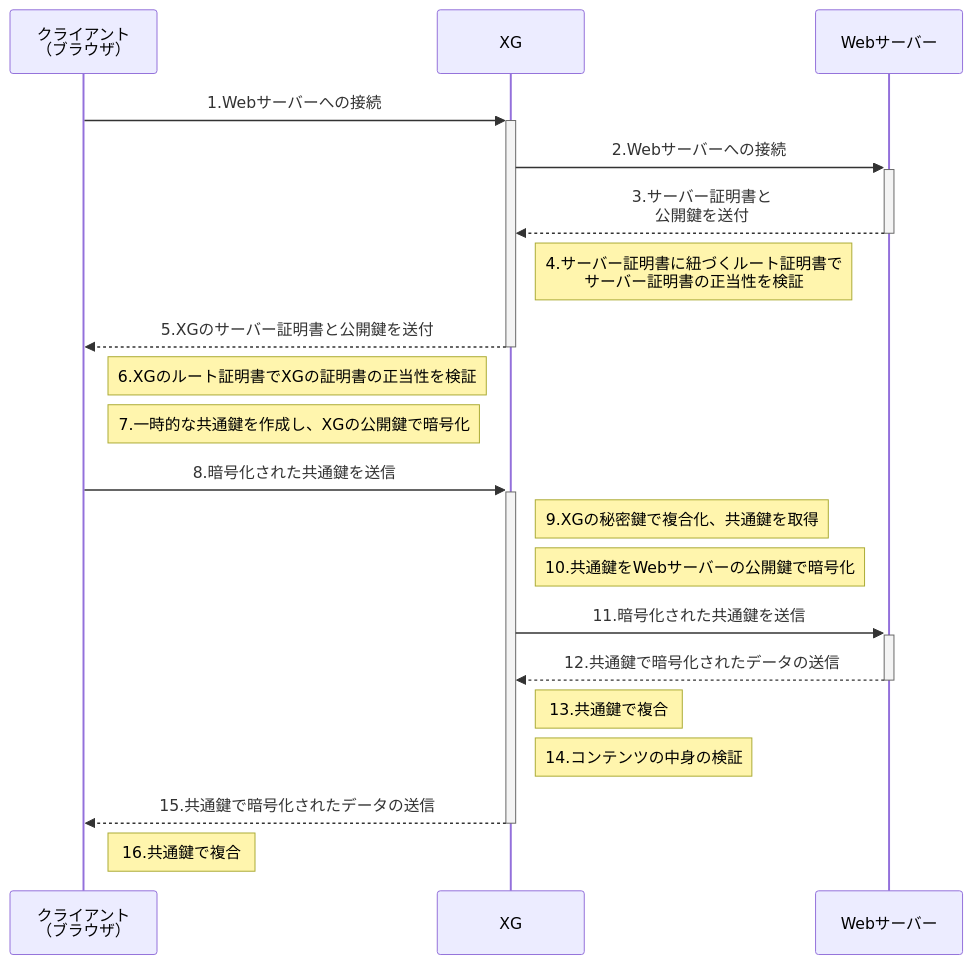
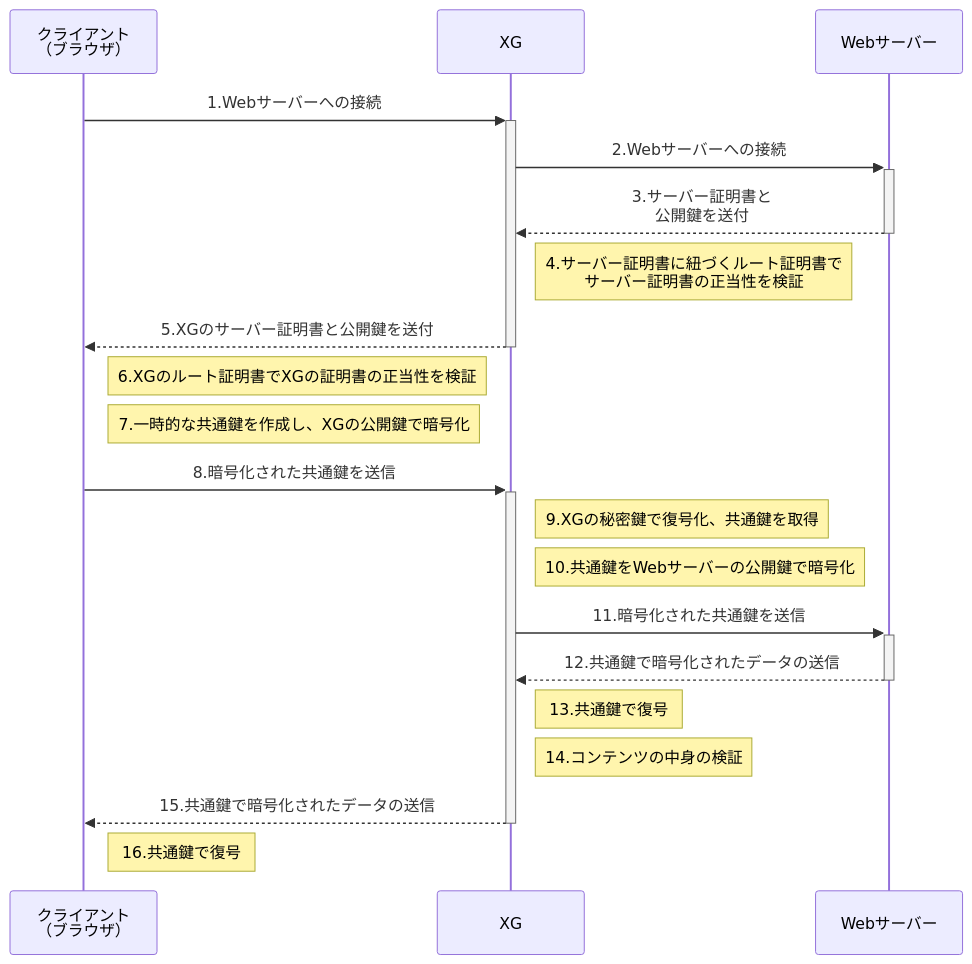
One commit to yoshi0808/new-technology changed the diagram in source/_posts/ssl-inspection.md. Above: the diagram before and after it, drawn with Mermaid. The commit also changed other lines of this file and 7 other files, not shown here.

```diff
--- a/source/_posts/ssl-inspection.md
+++ b/source/_posts/ssl-inspection.md
@@ -31,24 +31,24 @@
 {% mermaid sequenceDiagram %}
 
       participant cl as クライアント<br>（ブラウザ）
       participant xg as XG
       participant sv as Webサーバー
 
       cl ->>+ xg : 1.Webサーバーへの接続
       xg ->>+ sv : 2.Webサーバーへの接続
       sv -->>- xg : 3.サーバー証明書と<br>公開鍵を送付
       Note right of xg: 4.サーバー証明書に紐づくルート証明書で<br>サーバー証明書の正当性を検証
       xg -->>- cl : 5.XGのサーバー証明書と公開鍵を送付
       Note right of cl: 6.XGのルート証明書でXGの証明書の正当性を検証
       Note right of cl: 7.一時的な共通鍵を作成し、XGの公開鍵で暗号化
       cl ->>+ xg : 8.暗号化された共通鍵を送信
-      Note right of xg: 9.XGの秘密鍵で複合化、共通鍵を取得
+      Note right of xg: 9.XGの秘密鍵で復号化、共通鍵を取得
       Note right of xg : 10.共通鍵をWebサーバーの公開鍵で暗号化
       xg ->>+ sv : 11.暗号化された共通鍵を送信
       sv -->>- xg : 12.共通鍵で暗号化されたデータの送信
-      Note right of xg: 13.共通鍵で複合
+      Note right of xg: 13.共通鍵で復号
       Note right of xg: 14.コンテンツの中身の検証
       xg -->>- cl : 15.共通鍵で暗号化されたデータの送信
-      Note right of cl: 16.共通鍵で複合
+      Note right of cl: 16.共通鍵で復号
 
 {% endmermaid %}
```
